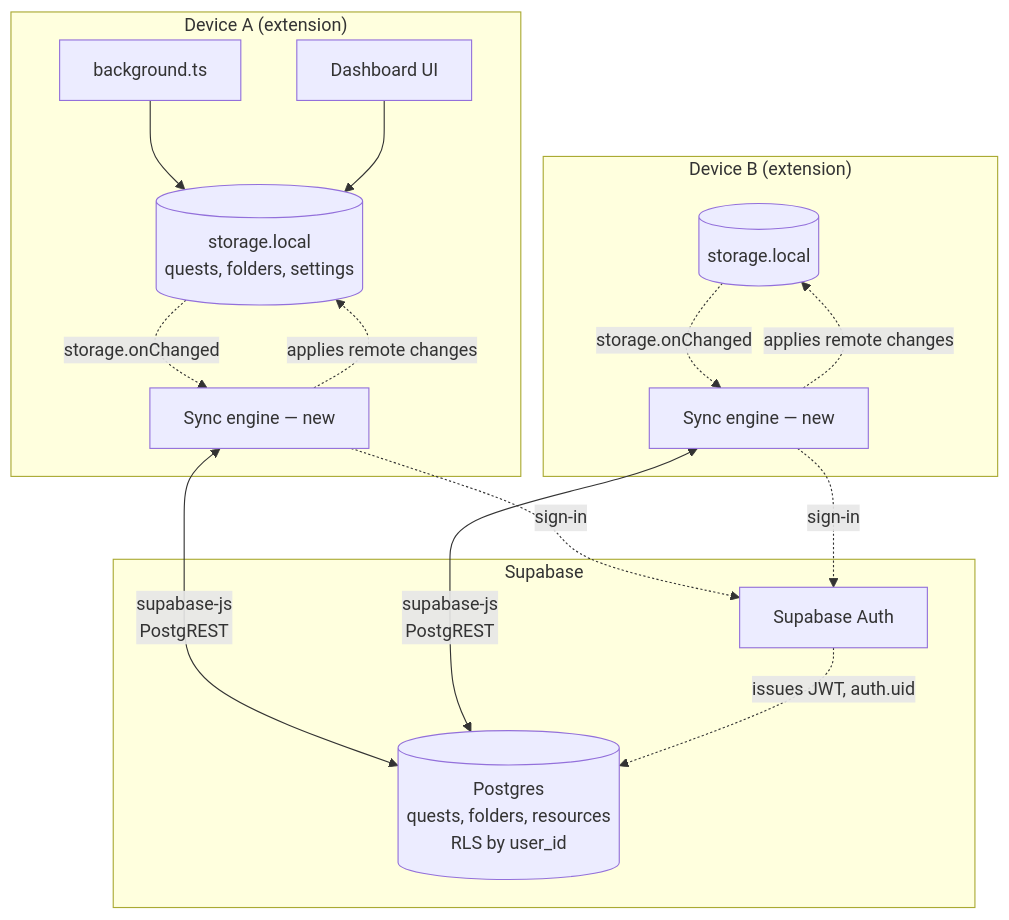
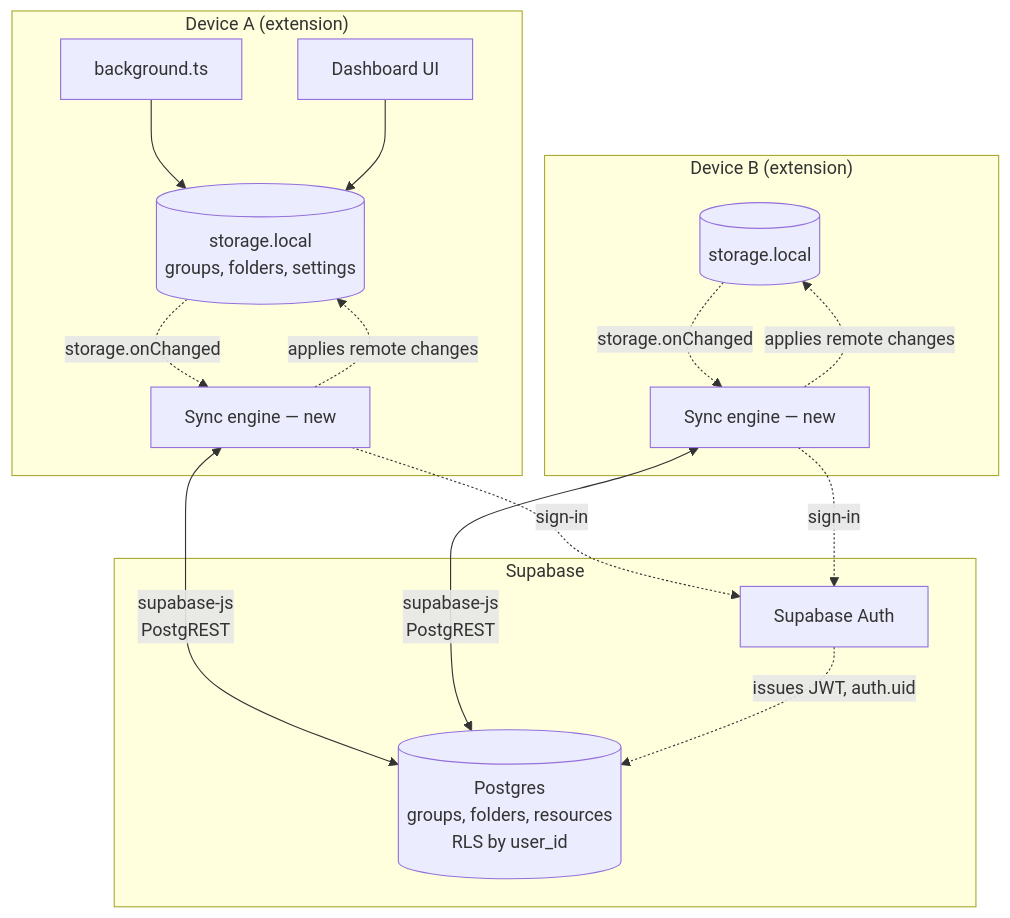
Before and after one commit to enyhma/cntxt: the first of 8 diagrams in docs/architecture-sync.md, drawn with Mermaid. The commit also changed other lines of this file and 7 other files, not shown here.

````diff
--- a/docs/architecture-sync.md
+++ b/docs/architecture-sync.md
@@ -64,31 +64,31 @@
 ```mermaid
 flowchart TB
     subgraph DeviceA["Device A (extension)"]
         BGA[background.ts]
         DashA[Dashboard UI]
-        LocalA[(storage.local<br/>quests, folders, settings)]
+        LocalA[(storage.local<br/>groups, folders, settings)]
         SyncA[Sync engine — new]
         BGA --> LocalA
         DashA --> LocalA
         LocalA -.->|storage.onChanged| SyncA
         SyncA -.->|applies remote changes| LocalA
     end
 
     subgraph DeviceB["Device B (extension)"]
         LocalB[(storage.local)]
         SyncB[Sync engine — new]
         LocalB -.->|storage.onChanged| SyncB
         SyncB -.->|applies remote changes| LocalB
     end
 
     subgraph Supabase
         Auth[Supabase Auth]
-        PG[(Postgres<br/>quests, folders, resources<br/>RLS by user_id)]
+        PG[(Postgres<br/>groups, folders, resources<br/>RLS by user_id)]
     end
 
     SyncA <-->|supabase-js<br/>PostgREST| PG
     SyncB <-->|supabase-js<br/>PostgREST| PG
     SyncA -.->|sign-in| Auth
     SyncB -.->|sign-in| Auth
     Auth -.->|issues JWT, auth.uid| PG
 ```
````
